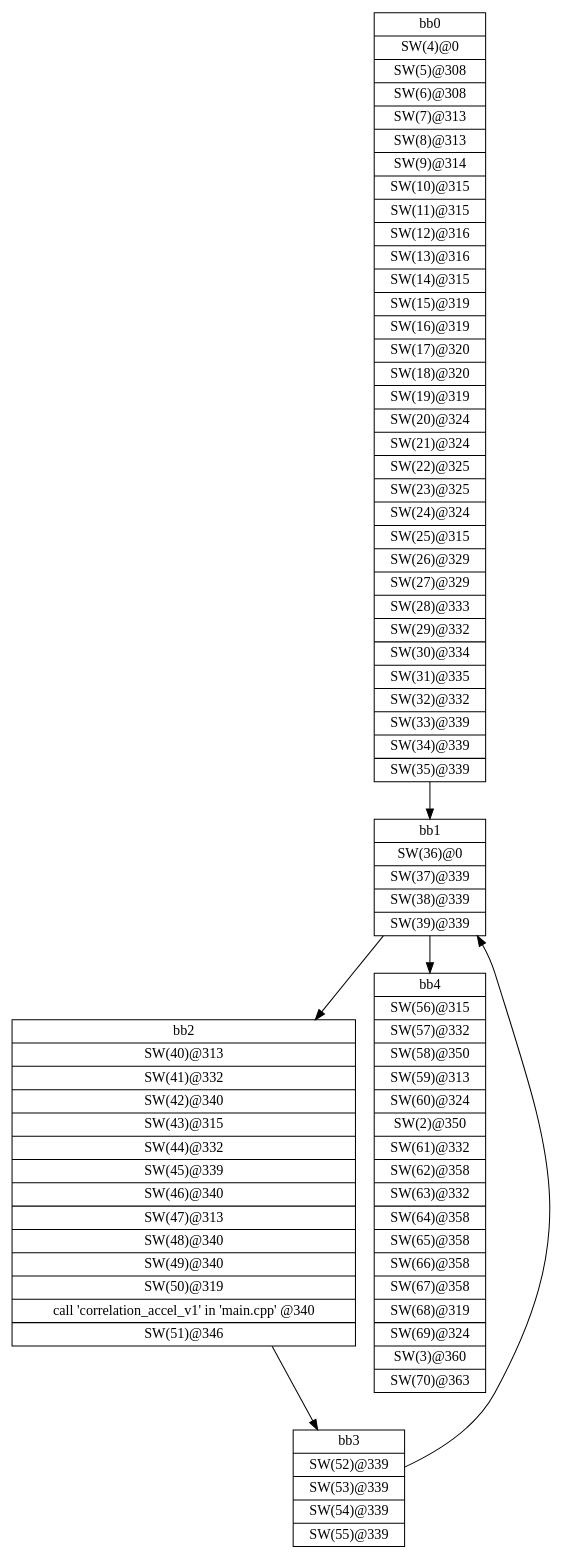
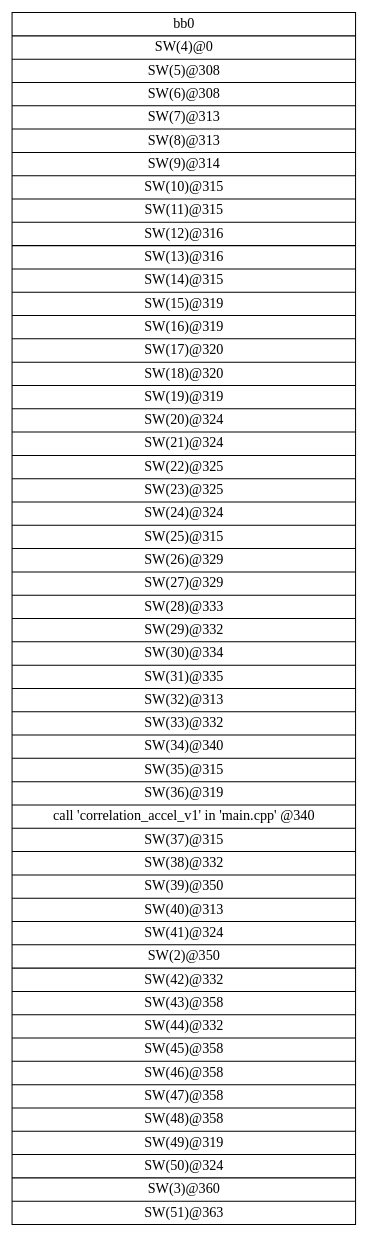
Before and after one commit to nguyencanhtrung/SDSoC: the diagram in workspace/correlation_ver1/correlation_ver1_linux/SDRelease/_sds/.llvm/_px_cdfg_init_main.dot, drawn with Graphviz. The commit also changed 252 other files, not shown here.

```diff
--- a/workspace/correlation_ver1/correlation_ver1_linux/SDRelease/_sds/.llvm/_px_cdfg_init_main.dot
+++ b/workspace/correlation_ver1/correlation_ver1_linux/SDRelease/_sds/.llvm/_px_cdfg_init_main.dot
@@ -1,13 +1,4 @@
 digraph CDFG {
 node [shape=record];
-bb0 [shape=record, label = "{bb0|<x0x2233230>SW(4)@0\n|<x0x2232e50>SW(5)@308\n|<x0x2232fb0>SW(6)@308\n|<x0x2233110>SW(7)@313\n|<x0x21f1320>SW(8)@313\n|<x0x21f1480>SW(9)@314\n|<x0x21f15e0>SW(10)@315\n|<x0x21f1740>SW(11)@315\n|<x0x21f18a0>SW(12)@316\n|<x0x21f1a10>SW(13)@316\n|<x0x21f1b40>SW(14)@315\n|<x0x21f1ca0>SW(15)@319\n|<x0x21f1e00>SW(16)@319\n|<x0x21f1f60>SW(17)@320\n|<x0x21f20d0>SW(18)@320\n|<x0x21f2200>SW(19)@319\n|<x0x21f2360>SW(20)@324\n|<x0x21f24c0>SW(21)@324\n|<x0x21f2620>SW(22)@325\n|<x0x21f2790>SW(23)@325\n|<x0x21f28c0>SW(24)@324\n|<x0x21f2a20>SW(25)@315\n|<x0x21f2b80>SW(26)@329\n|<x0x21f2cb0>SW(27)@329\n|<x0x21f2e00>SW(28)@333\n|<x0x21f2f70>SW(29)@332\n|<x0x21f30e0>SW(30)@334\n|<x0x2234550>SW(31)@335\n|<x0x22366d0>SW(32)@332\n|<x0x2236840>SW(33)@339\n|<x0x2236980>SW(34)@339\n|<x0x2236ae0>SW(35)@339\n}"];
-bb1 [shape=record, label = "{bb1|<x0x2234690>SW(36)@0\n|<x0x2234750>SW(37)@339\n|<x0x22348b0>SW(38)@339\n|<x0x22349f0>SW(39)@339\n}"];
-bb2 [shape=record, label = "{bb2|<x0x2234630>SW(40)@313\n|<x0x2234cd0>SW(41)@332\n|<x0x2234e40>SW(42)@340\n|<x0x2234f80>SW(43)@315\n|<x0x22350e0>SW(44)@332\n|<x0x2235250>SW(45)@339\n|<x0x22353b0>SW(46)@340\n|<x0x22354f0>SW(47)@313\n|<x0x2235650>SW(48)@340\n|<x0x2235780>SW(49)@340\n|<x0x22358c0>SW(50)@319\n|<x0x21ed780>call 'correlation_accel_v1' in 'main.cpp' @340\n|<x0x2235a20>SW(51)@346\n}"];
-bb3 [shape=record, label = "{bb3|<x0x2235b00>SW(52)@339\n|<x0x2235c60>SW(53)@339\n|<x0x2235da0>SW(54)@339\n|<x0x2235f00>SW(55)@339\n}"];
-bb4 [shape=record, label = "{bb4|<x0x2234b20>SW(56)@315\n|<x0x2236230>SW(57)@332\n|<x0x22363a0>SW(58)@350\n|<x0x22364e0>SW(59)@313\n|<x0x2236bc0>SW(60)@324\n|<x0x21f1060>SW(2)@350\n|<x0x2238d30>SW(61)@332\n|<x0x2238ea0>SW(62)@358\n|<x0x2238fe0>SW(63)@332\n|<x0x2239150>SW(64)@358\n|<x0x2236ca0>SW(65)@358\n|<x0x2236dd0>SW(66)@358\n|<x0x2236f00>SW(67)@358\n|<x0x2237060>SW(68)@319\n|<x0x22371c0>SW(69)@324\n|<x0x21f1000>SW(3)@360\n|<x0x2237320>SW(70)@363\n}"];
-bb0 -> bb1
-bb1 -> bb2
-bb1 -> bb4
-bb2 -> bb3
-bb3 -> bb1
+bb0 [shape=record, label = "{bb0|<x0x3cdf6b0>SW(4)@0\n|<x0x3cdf2d0>SW(5)@308\n|<x0x3cdf430>SW(6)@308\n|<x0x3cdf590>SW(7)@313\n|<x0x3c9d7a0>SW(8)@313\n|<x0x3c9d900>SW(9)@314\n|<x0x3c9da60>SW(10)@315\n|<x0x3c9dbc0>SW(11)@315\n|<x0x3c9dd20>SW(12)@316\n|<x0x3c9de90>SW(13)@316\n|<x0x3c9dfc0>SW(14)@315\n|<x0x3c9e120>SW(15)@319\n|<x0x3c9e280>SW(16)@319\n|<x0x3c9e3e0>SW(17)@320\n|<x0x3c9e550>SW(18)@320\n|<x0x3c9e680>SW(19)@319\n|<x0x3c9e7e0>SW(20)@324\n|<x0x3c9e940>SW(21)@324\n|<x0x3c9eaa0>SW(22)@325\n|<x0x3c9ec10>SW(23)@325\n|<x0x3c9ed40>SW(24)@324\n|<x0x3c9eea0>SW(25)@315\n|<x0x3c9f000>SW(26)@329\n|<x0x3c9f130>SW(27)@329\n|<x0x3c9f280>SW(28)@333\n|<x0x3c9f3f0>SW(29)@332\n|<x0x3c9f560>SW(30)@334\n|<x0x3ce0610>SW(31)@335\n|<x0x3ce2790>SW(32)@313\n|<x0x3ce28f0>SW(33)@332\n|<x0x3ce2a60>SW(34)@340\n|<x0x3ce2ba0>SW(35)@315\n|<x0x3ce2d00>SW(36)@319\n|<x0x3c9a160>call 'correlation_accel_v1' in 'main.cpp' @340\n|<x0x3ce2e60>SW(37)@315\n|<x0x3ce2fc0>SW(38)@332\n|<x0x3ce3130>SW(39)@350\n|<x0x3ce3270>SW(40)@313\n|<x0x3ce33d0>SW(41)@324\n|<x0x3c9ad30>SW(2)@350\n|<x0x3ce3530>SW(42)@332\n|<x0x3ce36a0>SW(43)@358\n|<x0x3ce37e0>SW(44)@332\n|<x0x3ce3950>SW(45)@358\n|<x0x3ce3a80>SW(46)@358\n|<x0x3ce3bb0>SW(47)@358\n|<x0x3ce3ce0>SW(48)@358\n|<x0x3ce3e40>SW(49)@319\n|<x0x3ce3fa0>SW(50)@324\n|<x0x3c9acd0>SW(3)@360\n|<x0x3ce4100>SW(51)@363\n}"];
 }
```
